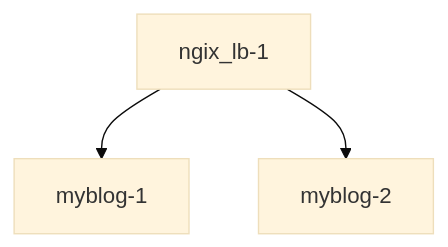
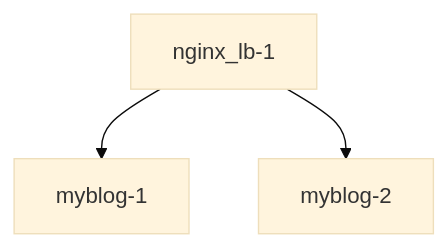
One commit to rudals2334/dcompose changed the diagram in README.md. Above: the diagram before and after it, drawn with Mermaid (base theme). The commit also changed other lines of this file, not shown here.

````diff
--- a/README.md
+++ b/README.md
@@ -6,5 +6,5 @@
 ```mermaid
 graph TD;
-    ngix_lb-1-->myblog-1;
-    ngix_lb-1-->myblog-2;
+    nginx_lb-1-->myblog-1;
+    nginx_lb-1-->myblog-2;
 ```
````
